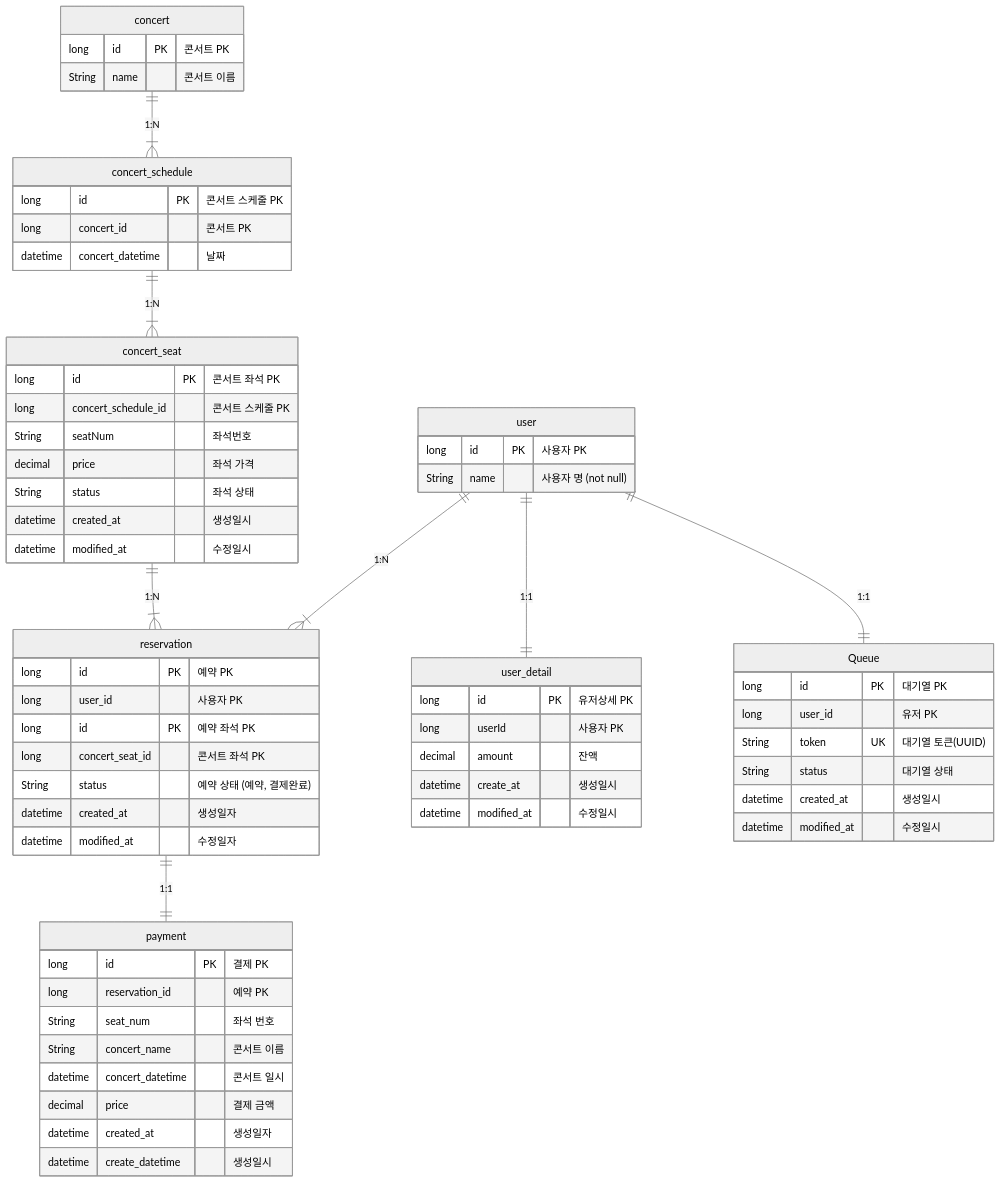
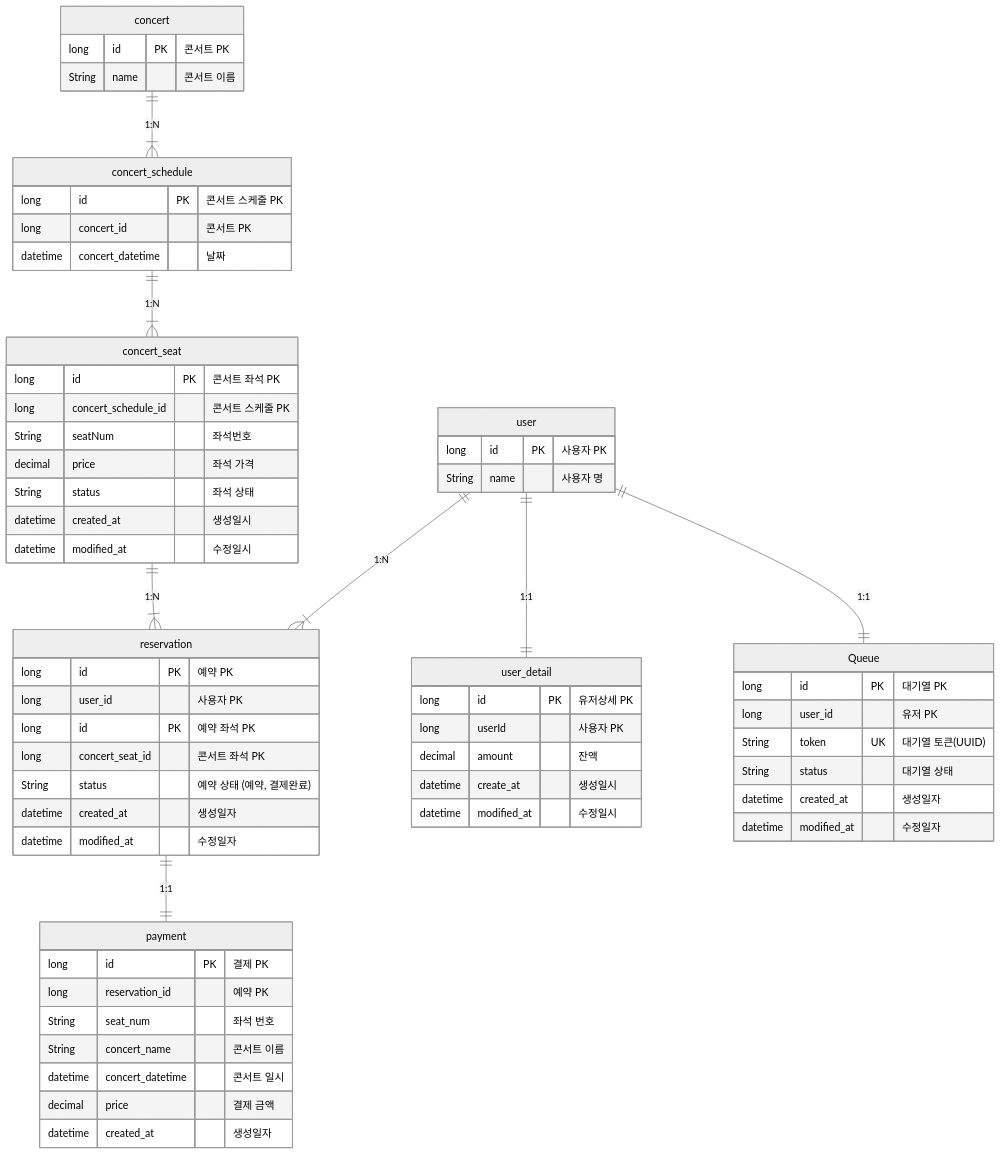
Before and after one commit to wn1331/Concert-Reservation-Service: the diagram in README.md, drawn with Mermaid (neutral theme).

Commit message:
feat : [STEP6] ERD 오류 수정

````diff
--- a/README.md
+++ b/README.md
@@ -31,72 +31,71 @@
 ```mermaid
 erDiagram
     concert ||--|{ concert_schedule: "1:N"
     concert_schedule ||--|{ concert_seat: "1:N"
     concert_seat ||--|{ reservation: "1:N"
     user ||--|| user_detail: "1:1"
     user ||--|{ reservation: "1:N"
     user ||--|| Queue: "1:1"
     reservation ||--|| payment: "1:1"
 
     concert {
         long id PK "콘서트 PK"
         String name "콘서트 이름"
     }
     concert_schedule {
         long id PK "콘서트 스케줄 PK"
         long concert_id "콘서트 PK"
         datetime concert_datetime "날짜"
     }
     concert_seat {
         long id PK "콘서트 좌석 PK"
         long concert_schedule_id "콘서트 스케줄 PK"
         String seatNum "좌석번호"
         decimal price "좌석 가격"
         String status "좌석 상태"
         datetime created_at "생성일시"
         datetime modified_at "수정일시"
     }
 
     user {
         long id PK "사용자 PK"
-        String name "사용자 명 (not null)"
+        String name "사용자 명"
     }
     user_detail {
         long id PK "유저상세 PK"
         long userId "사용자 PK"
         decimal amount "잔액"
         datetime create_at "생성일시"
         datetime modified_at "수정일시"
     }
 
     payment {
         long id PK "결제 PK"
         long reservation_id "예약 PK"
         String seat_num "좌석 번호"
         String concert_name "콘서트 이름"
         datetime concert_datetime "콘서트 일시"
         decimal price "결제 금액"
         datetime created_at "생성일자"
-        datetime create_datetime "생성일시"
     }
 
     reservation {
         long id PK "예약 PK"
         long user_id "사용자 PK"
         long id PK "예약 좌석 PK"
         long concert_seat_id "콘서트 좌석 PK"
         String status "예약 상태 (예약, 결제완료)"
         datetime created_at "생성일자"
         datetime modified_at "수정일자"
     }
 
     Queue {
         long id PK "대기열 PK"
         long user_id "유저 PK"
         String token UK "대기열 토큰(UUID)"
         String status "대기열 상태"
-        datetime created_at "생성일시"
-        datetime modified_at "수정일시"
+        datetime created_at "생성일자"
+        datetime modified_at "수정일자"
     }
 
 ```
````
